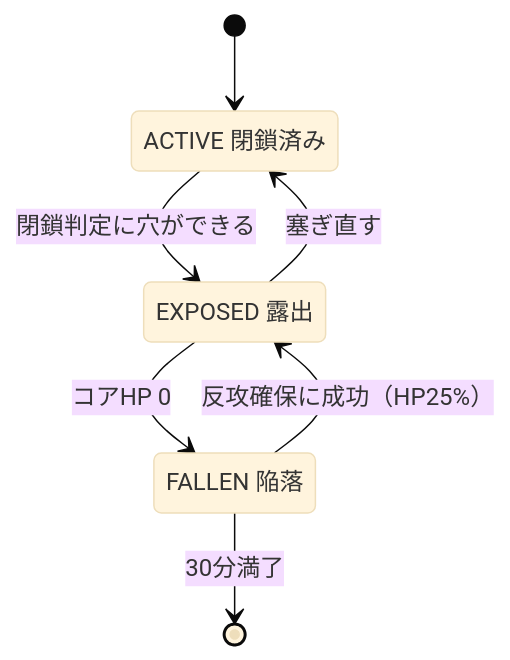
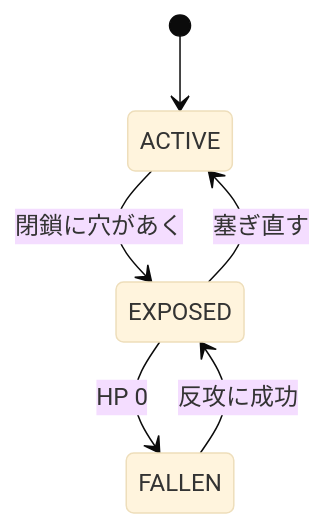
One commit to RuskLabo/moveearth-web changed the second of 2 diagrams in src/content/docs/guide/siege.md. Above: the diagram before and after it, drawn with Mermaid (base theme). The commit also changed other lines of this file, not shown here.

First line of the commit message:
docs(wiki): cut the siege page down to two diagrams

````diff
--- a/src/content/docs/guide/siege.md
+++ b/src/content/docs/guide/siege.md
@@ -61,12 +50,11 @@
 ```mermaid
 stateDiagram-v2
-    state "ACTIVE 閉鎖済み" as active
-    state "EXPOSED 露出" as exposed
-    state "FALLEN 陥落" as fallen
+    state "ACTIVE" as active
+    state "EXPOSED" as exposed
+    state "FALLEN" as fallen
     [*] --> active
-    active --> exposed : 閉鎖判定に穴ができる
+    active --> exposed : 閉鎖に穴があく
     exposed --> active : 塞ぎ直す
-    exposed --> fallen : コアHP 0
-    fallen --> exposed : 反攻確保に成功（HP25%）
-    fallen --> [*] : 30分満了
+    exposed --> fallen : HP 0
+    fallen --> exposed : 反攻に成功
 ```
````
